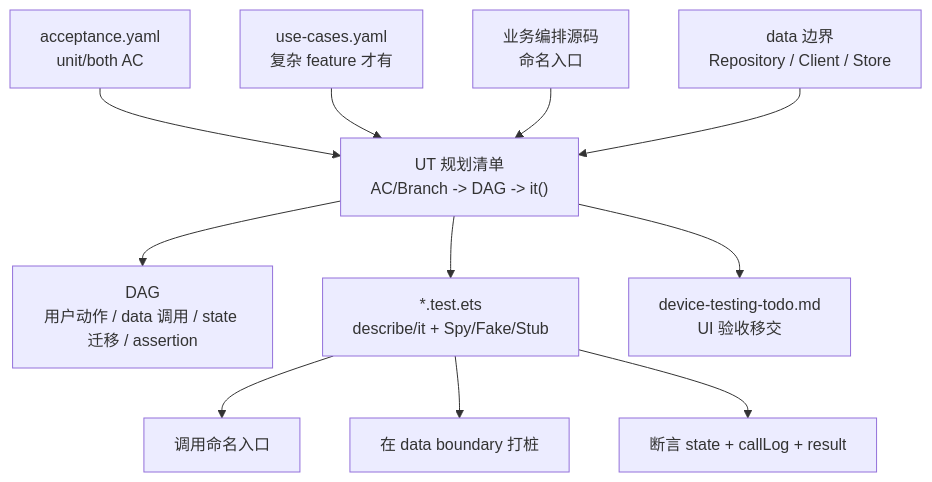
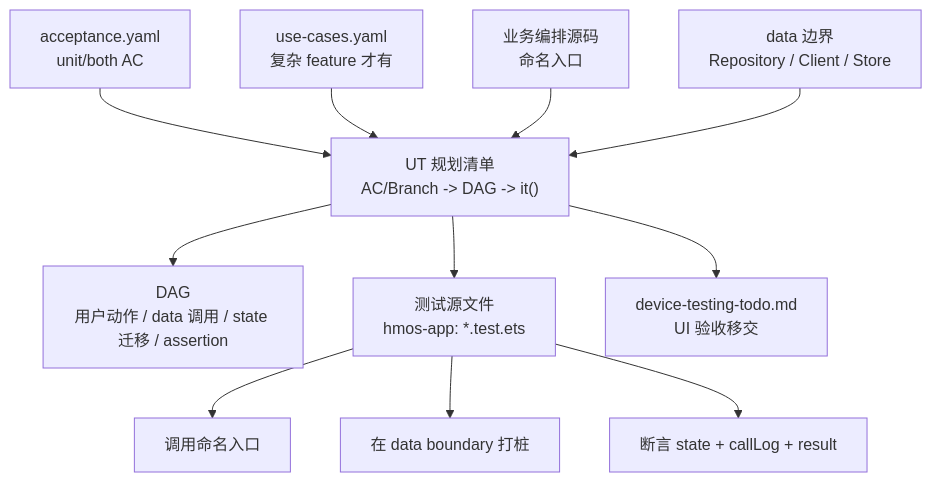
One commit to sqsqsq/SimulatedWalletForHmos changed the second of 4 diagrams in framework/docs/skills/5-business-ut.md. Above: the diagram before and after it, drawn with Mermaid. The commit also changed other lines of this file and 16 other files, not shown here.

First line of the commit message:
docs(framework): 顶层文档与 schema 中性化；hvigor 细节下沉 hmos-app 专文

````diff
--- a/framework/docs/skills/5-business-ut.md
+++ b/framework/docs/skills/5-business-ut.md
@@ -139,24 +141,24 @@
 ```mermaid
 flowchart TD
   AC["acceptance.yaml<br/>unit/both AC"]
   UC["use-cases.yaml<br/>复杂 feature 才有"]
   Code["业务编排源码<br/>命名入口"]
   Data["data 边界<br/>Repository / Client / Store"]
 
   Plan["UT 规划清单<br/>AC/Branch -> DAG -> it()"]
   DAG["DAG<br/>用户动作 / data 调用 / state 迁移 / assertion"]
-  Test["*.test.ets<br/>describe/it + Spy/Fake/Stub"]
+  Test["测试源文件<br/>hmos-app: *.test.ets"]
   DeviceTodo["device-testing-todo.md<br/>UI 验收移交"]
 
   AC --> Plan
   UC --> Plan
   Code --> Plan
   Data --> Plan
   Plan --> DAG
   Plan --> Test
   Plan --> DeviceTodo
 
   Test --> Entry["调用命名入口"]
   Test --> Stub["在 data boundary 打桩"]
   Test --> Assert["断言 state + callLog + result"]
 ```
````
